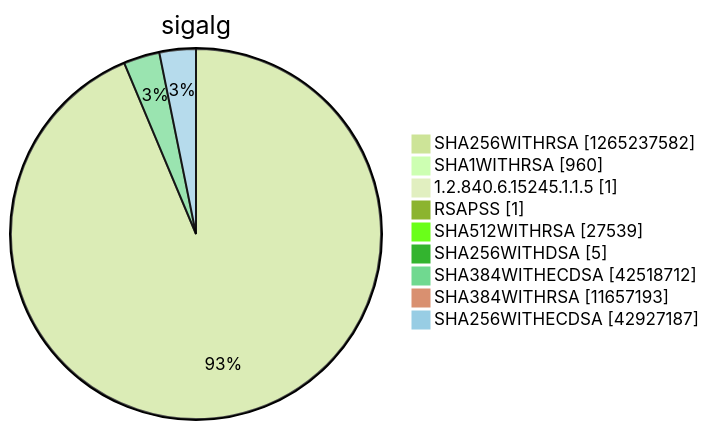
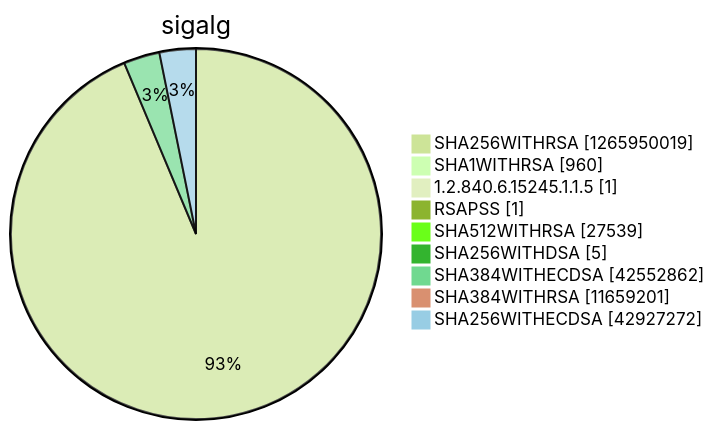
Diagram 15 of 15 in argon2022/README.md (christiankrug/ctmonitor_visualization), drawn with Mermaid (forest theme) before and after one commit. The commit also changed other lines of this file, not shown here.

````diff
--- a/argon2022/README.md
+++ b/argon2022/README.md
@@ -5522,13 +5522,13 @@
 ```mermaid
 pie showData
 title sigalg
-"SHA256WITHRSA" :1265237582
+"SHA256WITHRSA" :1265950019
 "SHA1WITHRSA" :960
 "1.2.840.6.15245.1.1.5" :1
 "RSAPSS" :1
 "SHA512WITHRSA" :27539
 "SHA256WITHDSA" :5
-"SHA384WITHECDSA" :42518712
-"SHA384WITHRSA" :11657193
-"SHA256WITHECDSA" :42927187
+"SHA384WITHECDSA" :42552862
+"SHA384WITHRSA" :11659201
+"SHA256WITHECDSA" :42927272
 ```
````
